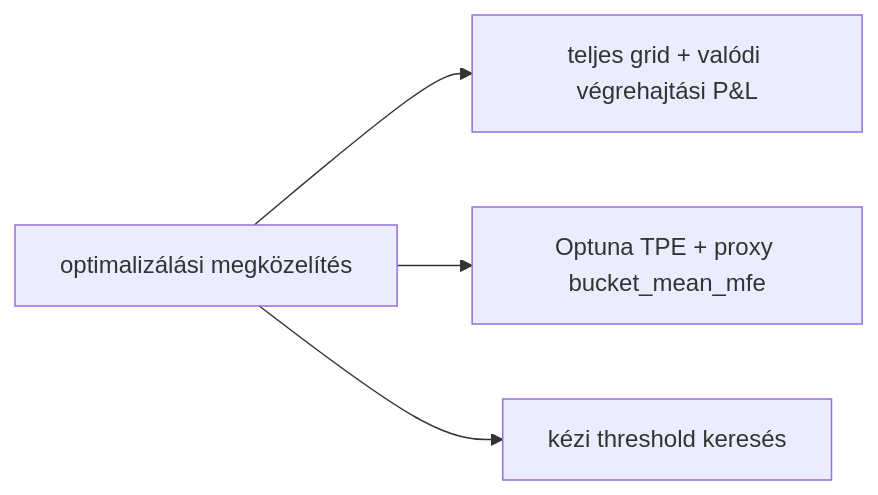
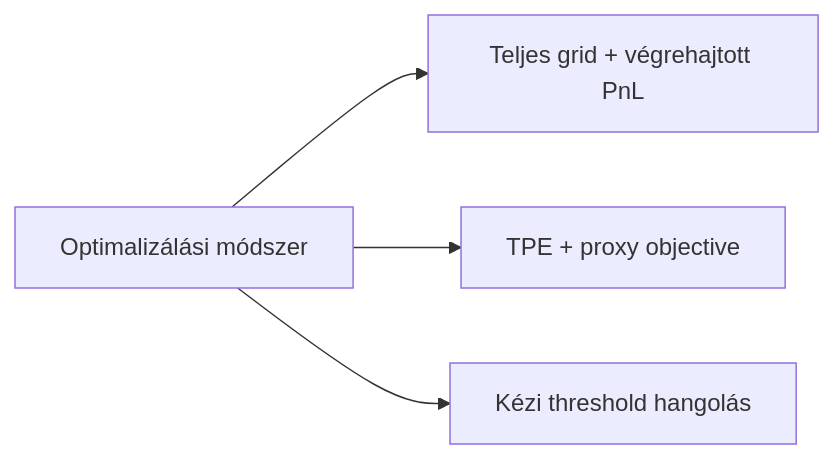
One commit to Nemesis14/chronoquant changed the second of 5 diagrams in _doc_/methodology_doc/6300_strategy_grid_search.md. Above: the diagram before and after it, drawn with Mermaid. The commit also changed other lines of this file and 1415 other files, not shown here.

````diff
--- a/_doc_/methodology_doc/6300_strategy_grid_search.md
+++ b/_doc_/methodology_doc/6300_strategy_grid_search.md
@@ -21,7 +19,7 @@
 ```mermaid
 flowchart LR
-  Q[optimalizálási megközelítés]
-  Q --> A[teljes grid + valódi végrehajtási P&L]
-  Q --> B[Optuna TPE + proxy bucket_mean_mfe]
-  Q --> C[kézi threshold keresés]
+  M[Optimalizálási módszer]
+  M --> A[Teljes grid + végrehajtott PnL]
+  M --> B[TPE + proxy objective]
+  M --> C[Kézi threshold hangolás]
 ```
````
